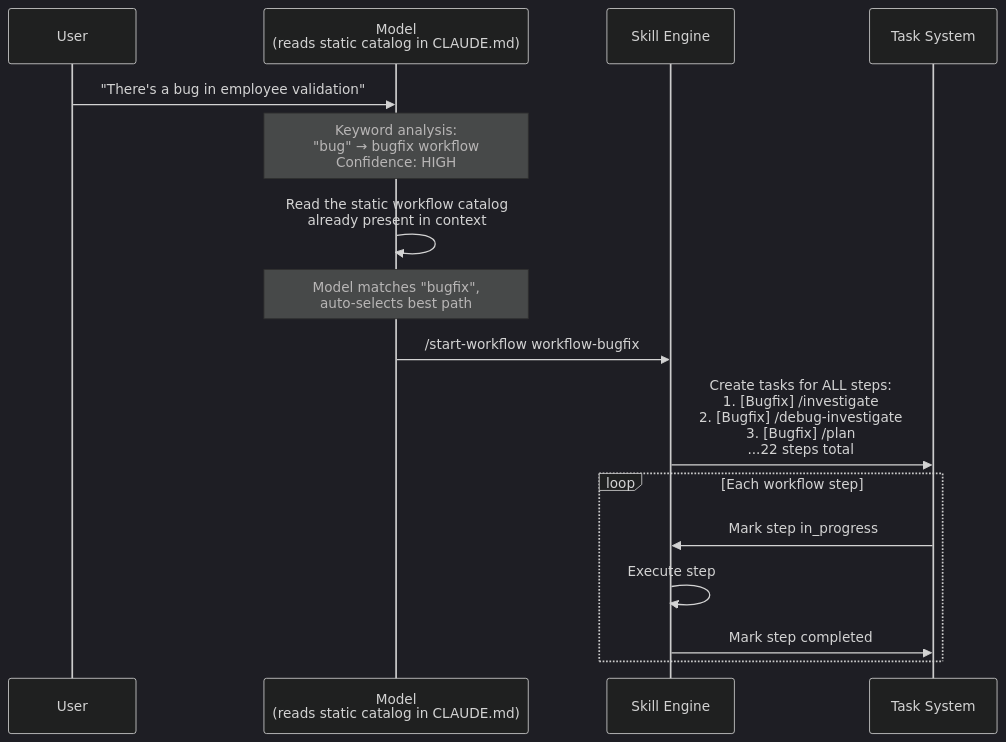
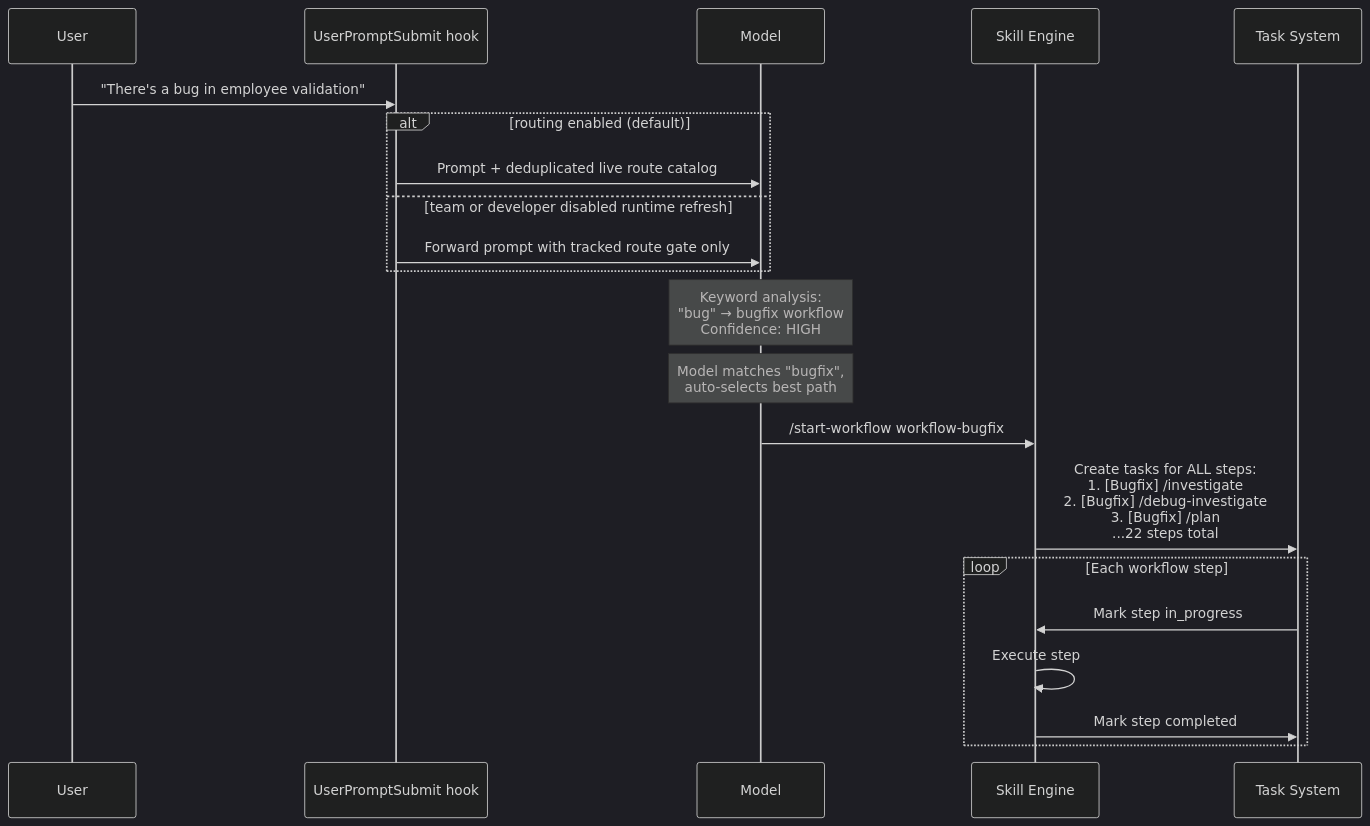
The seventh of 20 diagrams in .claude/docs/claude-ai-agent-framework-guide.md (duc01226/easy-claude), drawn with Mermaid (dark theme) before and after one commit. The commit also changed other lines of this file and 610 other files, not shown here.

First line of the commit message:
feat(framework): refresh ai context and sync mirrors

````diff
--- a/.claude/docs/claude-ai-agent-framework-guide.md
+++ b/.claude/docs/claude-ai-agent-framework-guide.md
@@ -837,25 +844,30 @@
 ```mermaid
 sequenceDiagram
     participant User
-    participant Model as Model<br/>(reads static catalog in CLAUDE.md)
+    participant Hook as UserPromptSubmit hook
+    participant Model as Model
     participant Skill as Skill Engine
     participant Todo as Task System
 
-    User->>Model: "There's a bug in employee validation"
+    User->>Hook: "There's a bug in employee validation"
+
+    alt routing enabled (default)
+        Hook->>Model: Prompt + deduplicated live route catalog
+    else team or developer disabled runtime refresh
+        Hook->>Model: Forward prompt with tracked route gate only
+    end
 
     Note over Model: Keyword analysis:<br/>"bug" → bugfix workflow<br/>Confidence: HIGH
-
-    Model->>Model: Read the static workflow catalog<br/>already present in context
 
     Note over Model: Model matches "bugfix",<br/>auto-selects best path
 
     Model->>Skill: /start-workflow workflow-bugfix
 
     Skill->>Todo: Create tasks for ALL steps:<br/>1. [Bugfix] /investigate<br/>2. [Bugfix] /debug-investigate<br/>3. [Bugfix] /plan<br/>...22 steps total
 
     loop Each workflow step
         Todo->>Skill: Mark step in_progress
         Skill->>Skill: Execute step
         Skill->>Todo: Mark step completed
     end
 ```
````
